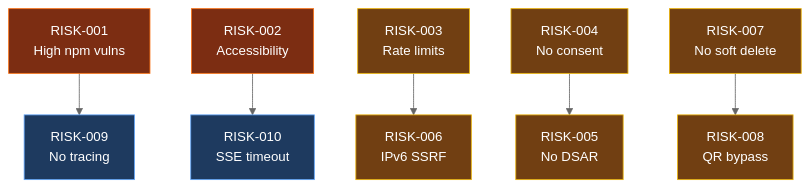
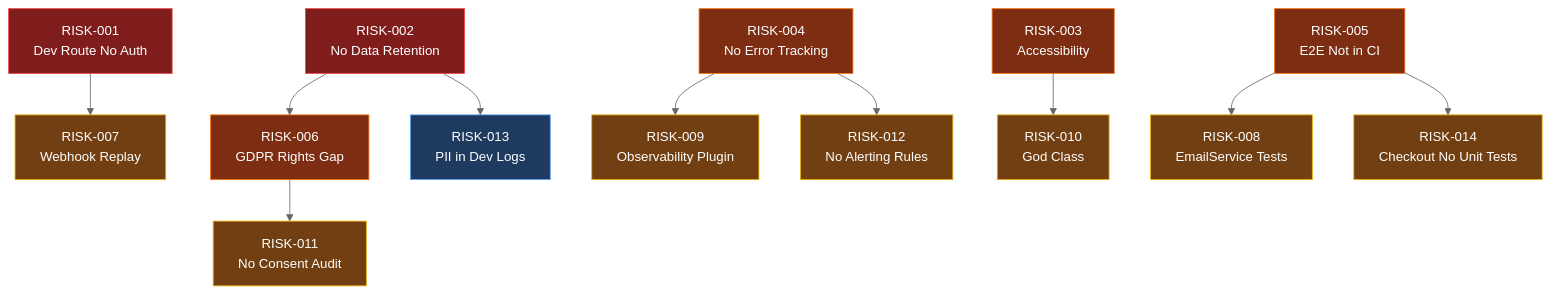
Before and after one commit to Tamoura/Claude-Code-creates-the-SW-company: the seventh of 12 diagrams in products/stablecoin-gateway/docs/AUDIT-REPORT.md, drawn with Mermaid (neutral theme). The commit also changed other lines of this file and 9 other files, not shown here.

````diff
--- a/products/stablecoin-gateway/docs/AUDIT-REPORT.md
+++ b/products/stablecoin-gateway/docs/AUDIT-REPORT.md
@@ -263,12 +416,17 @@
 ```mermaid
 flowchart TD
-    R001["RISK-001\nHigh npm vulns"]:::high --> R009["RISK-009\nNo tracing"]:::low
-    R002["RISK-002\nAccessibility"]:::high --> R010["RISK-010\nSSE timeout"]:::low
-    R003["RISK-003\nRate limits"]:::med --> R006["RISK-006\nIPv6 SSRF"]:::med
-    R004["RISK-004\nNo consent"]:::med --> R005["RISK-005\nNo DSAR"]:::med
-    R007["RISK-007\nNo soft delete"]:::med --> R008["RISK-008\nQR bypass"]:::med
+    R001["RISK-001<br/>Dev Route No Auth"]:::crit --> R007["RISK-007<br/>Webhook Replay"]:::med
+    R002["RISK-002<br/>No Data Retention"]:::crit --> R006["RISK-006<br/>GDPR Rights Gap"]:::high
+    R004["RISK-004<br/>No Error Tracking"]:::high --> R009["RISK-009<br/>Observability Plugin"]:::med
+    R005["RISK-005<br/>E2E Not in CI"]:::high --> R008["RISK-008<br/>EmailService Tests"]:::med
+    R003["RISK-003<br/>Accessibility"]:::high --> R010["RISK-010<br/>God Class"]:::med
+    R006 --> R011["RISK-011<br/>No Consent Audit"]:::med
+    R004 --> R012["RISK-012<br/>No Alerting Rules"]:::med
+    R002 --> R013["RISK-013<br/>PII in Dev Logs"]:::low
+    R005 --> R014["RISK-014<br/>Checkout No Unit Tests"]:::med
 
+    classDef crit fill:#7f1d1d,stroke:#ef4444,color:#fff
     classDef high fill:#7c2d12,stroke:#f97316,color:#fff
     classDef med fill:#713f12,stroke:#eab308,color:#fff
     classDef low fill:#1e3a5f,stroke:#60a5fa,color:#fff
 ```
````
